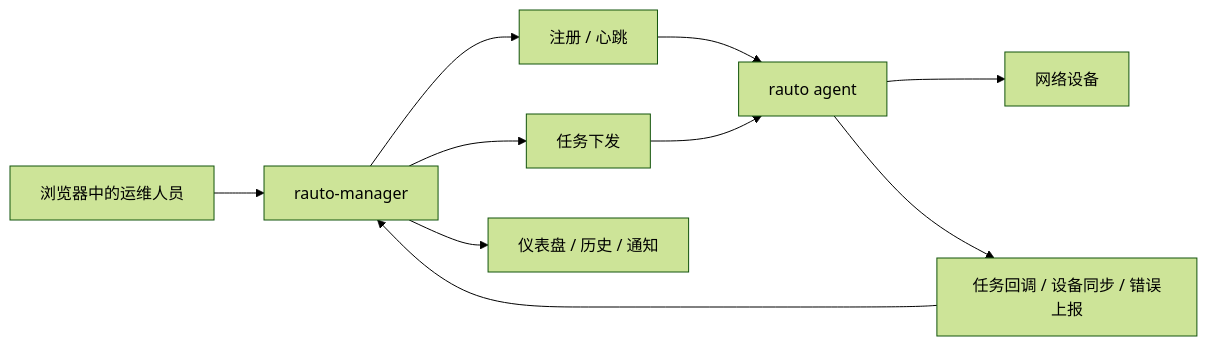
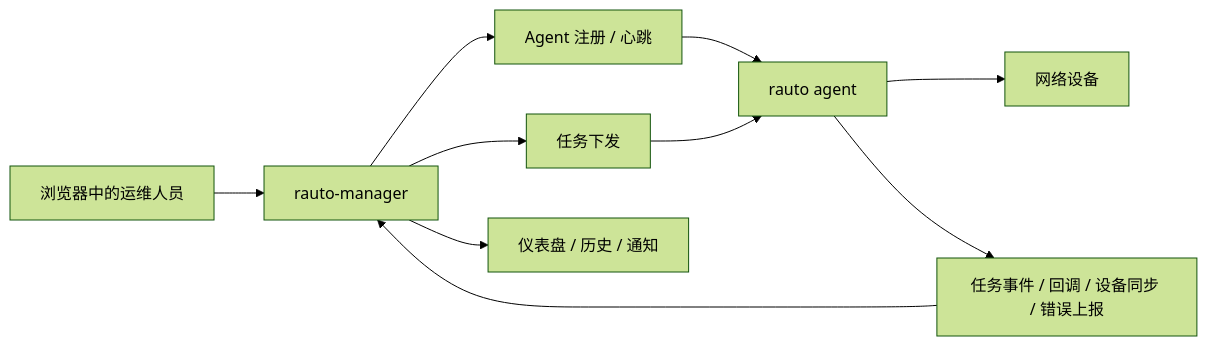
One commit to demohiiiii/rauto-manager changed the diagram in README_zh.md. Above: the diagram before and after it, drawn with Mermaid (forest theme). The commit also changed other lines of this file and 30 other files, not shown here.

````diff
--- a/README_zh.md
+++ b/README_zh.md
@@ -77,12 +69,12 @@
 ```mermaid
 flowchart LR
     A["浏览器中的运维人员"] --> B["rauto-manager"]
-    B --> C["注册 / 心跳"]
+    B --> C["Agent 注册 / 心跳"]
     C --> D["rauto agent"]
     B --> E["任务下发"]
     E --> D
     D --> F["网络设备"]
-    D --> G["任务回调 / 设备同步 / 错误上报"]
+    D --> G["任务事件 / 回调 / 设备同步 / 错误上报"]
     G --> B
     B --> H["仪表盘 / 历史 / 通知"]
 ```
````
